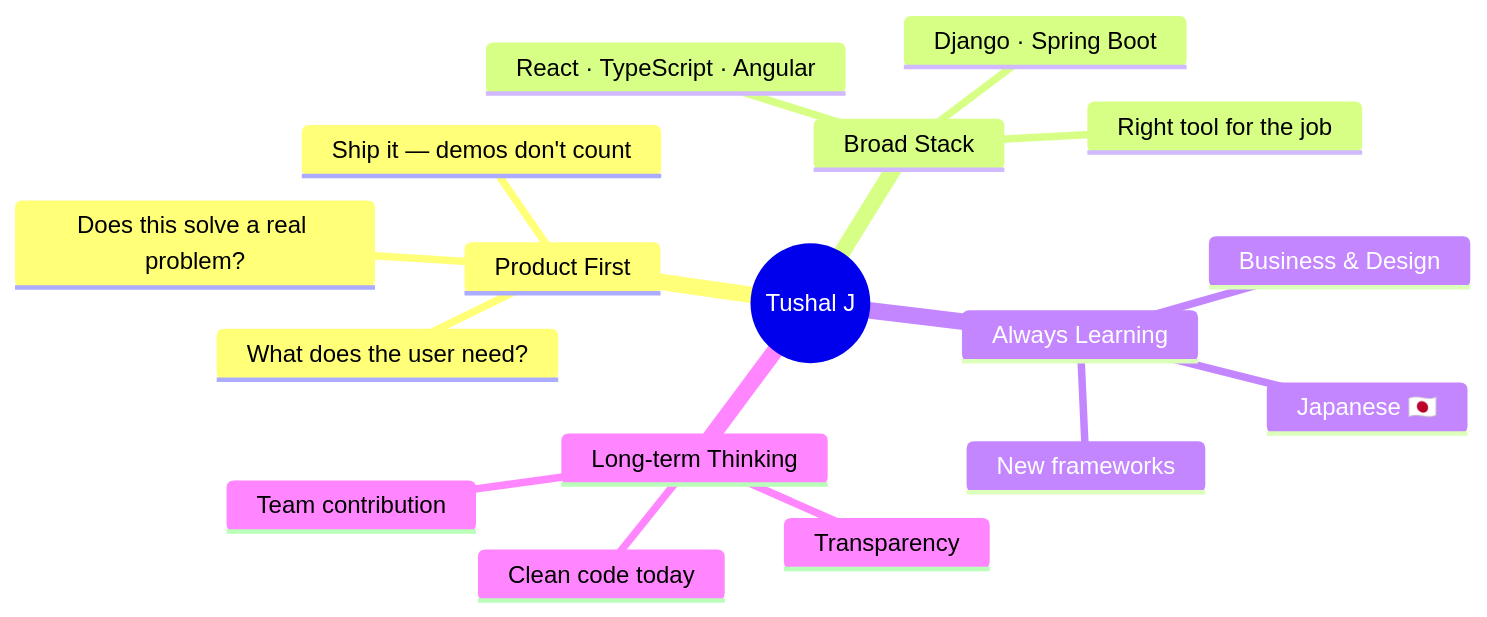
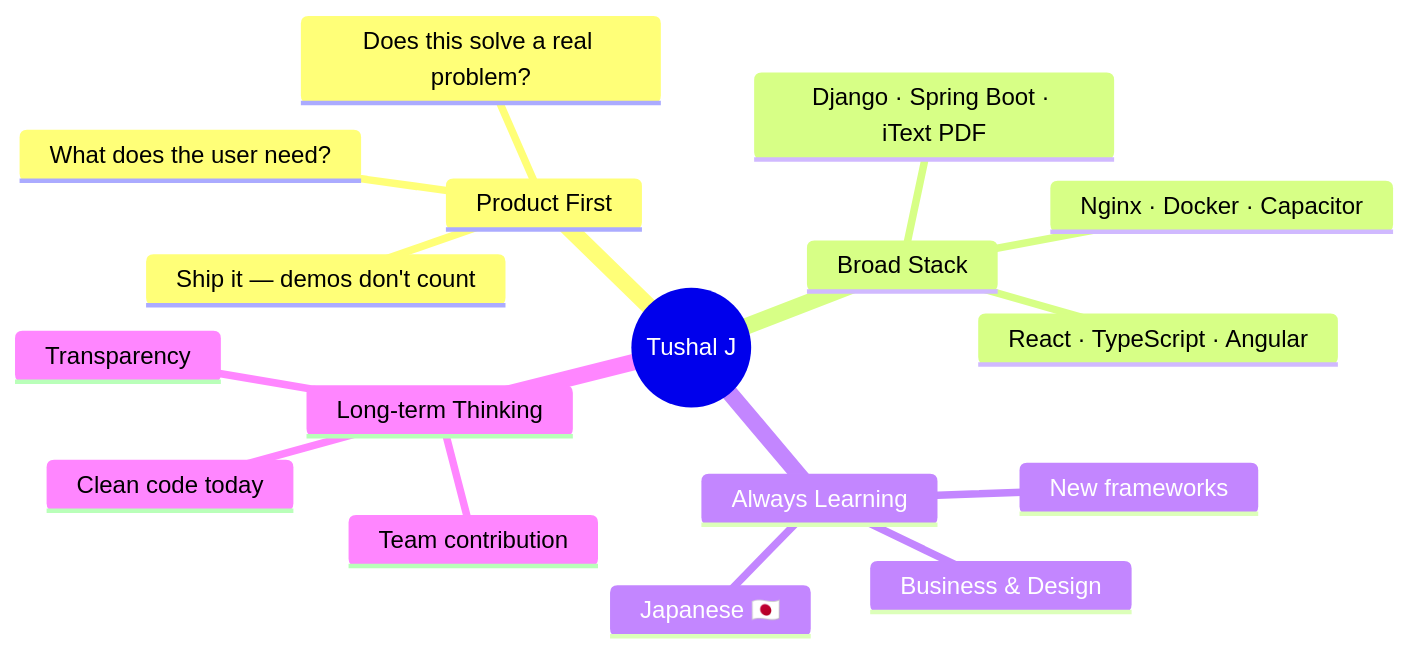
One commit to Tushal27/Tushal27 changed the diagram in README.md. Above: the diagram before and after it, drawn with Mermaid. The commit also changed other lines of this file, not shown here.

````diff
--- a/README.md
+++ b/README.md
@@ -79,20 +84,20 @@
 ```mermaid
 mindmap
   root((Tushal J))
     Product First
       What does the user need?
       Does this solve a real problem?
       Ship it — demos don't count
     Broad Stack
       React · TypeScript · Angular
-      Django · Spring Boot
-      Right tool for the job
+      Django · Spring Boot · iText PDF
+      Nginx · Docker · Capacitor
     Always Learning
       Japanese 🇯🇵
       New frameworks
       Business & Design
     Long-term Thinking
       Clean code today
       Team contribution
       Transparency
 ```
````
